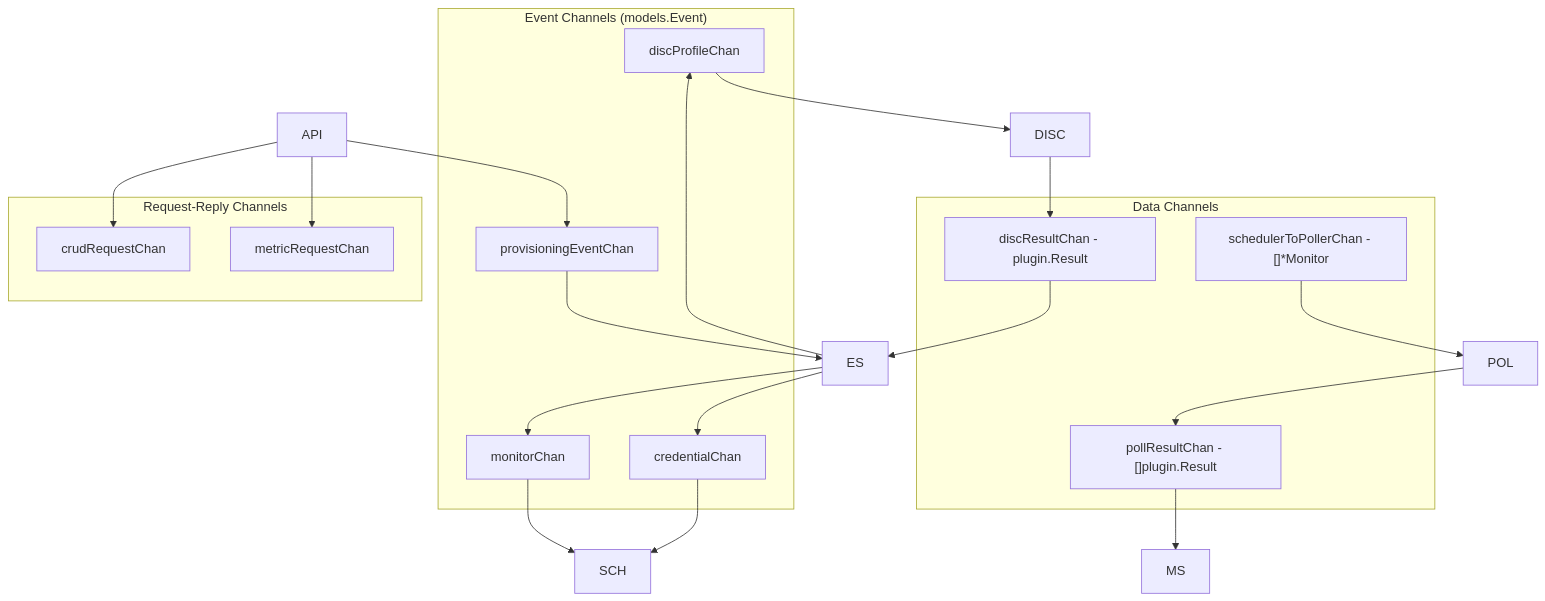
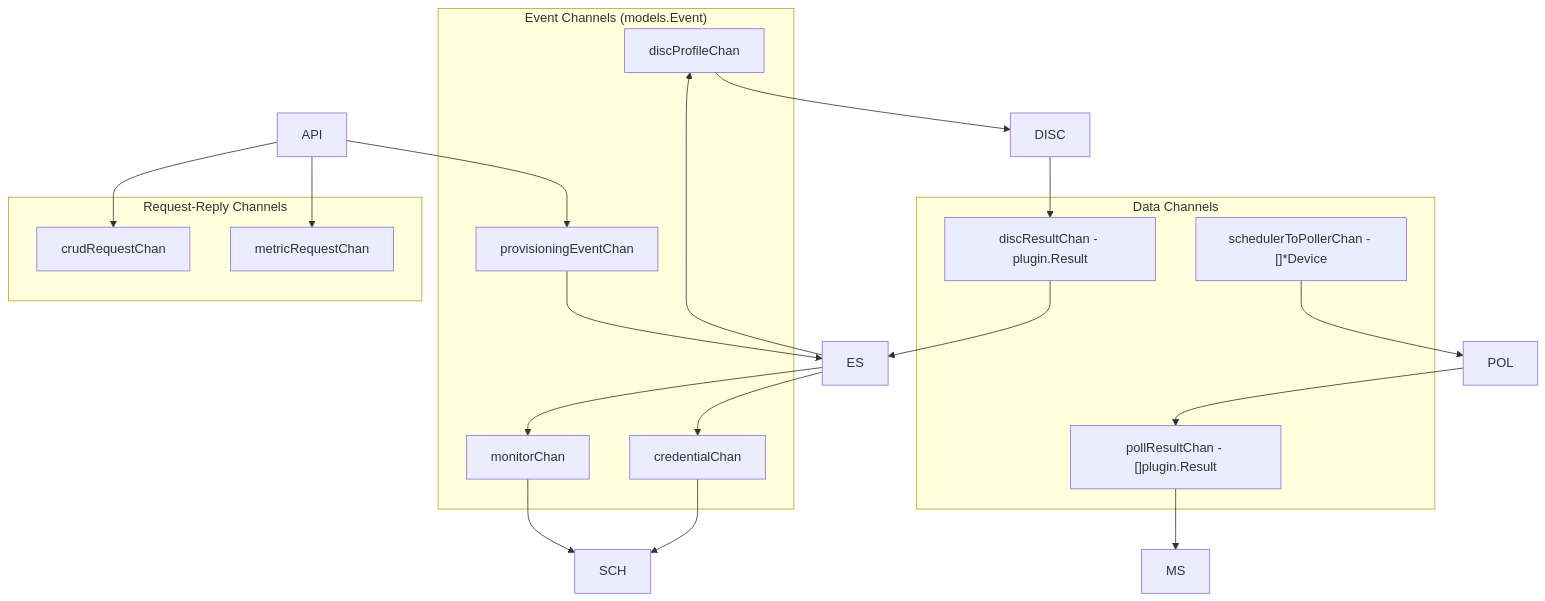
Before and after one commit to PremModhaOfficial/nms: the sixth of 10 diagrams in ARCHITECTURE.md, drawn with Mermaid. The commit also changed other lines of this file and 34 other files, not shown here.

````diff
--- a/ARCHITECTURE.md
+++ b/ARCHITECTURE.md
@@ -225,40 +225,40 @@
 ```mermaid
 graph TD
     subgraph "Event Channels (models.Event)"
         MC[monitorChan]
         CC[credentialChan]
         DPC[discProfileChan]
         PROV[provisioningEventChan]
     end
 
     subgraph "Data Channels"
         PRC["pollResultChan - []plugin.Result"]
         DRC["discResultChan - plugin.Result"]
-        S2P["schedulerToPollerChan - []*Monitor"]
+        S2P["schedulerToPollerChan - []*Device"]
     end
 
     subgraph "Request-Reply Channels"
         CRUD[crudRequestChan]
         METRIC[metricRequestChan]
     end
 
     API --> CRUD
     API --> METRIC
     API --> PROV
 
     ES --> MC
     ES --> CC
     ES --> DPC
 
     MC --> SCH
     CC --> SCH
     DPC --> DISC
 
     S2P --> POL
     POL --> PRC
     DISC --> DRC
 
     PRC --> MS
     DRC --> ES
     PROV --> ES
 ```
````
